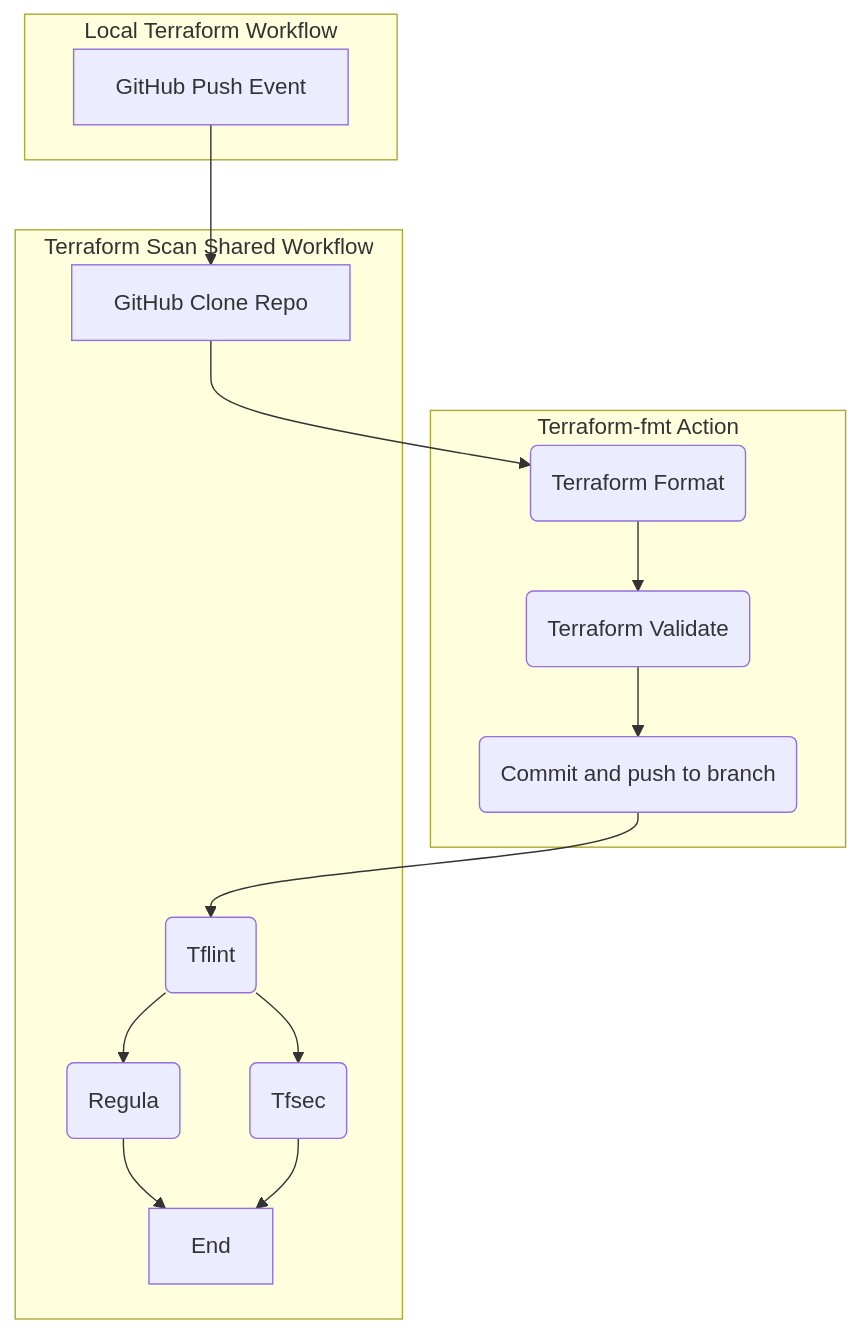
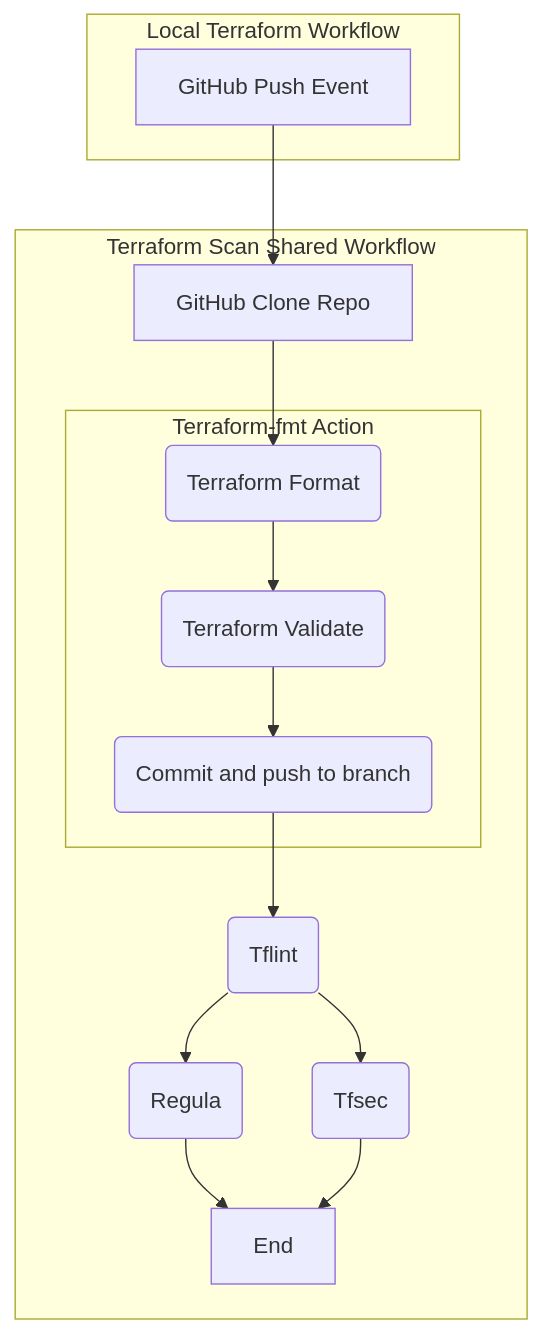
The diagram in documents/terraform/lint-and-scan.md (defenseunicorns/uds-common-workflows), drawn with Mermaid before and after one commit. The commit also changed 1 other file, not shown here.

Commit message:
testing view of a subgraph

````diff
--- a/documents/terraform/lint-and-scan.md
+++ b/documents/terraform/lint-and-scan.md
@@ -65,22 +65,24 @@
 ```mermaid
 flowchart TB
   subgraph "Local Terraform Workflow"
     push[GitHub Push Event]
   end
 
-  subgraph "Terraform-fmt Action"
-    fmt(Terraform Format) --> validate(Terraform Validate)
-    validate --> inlinecommit(Commit and push to branch)
-  end
 
   subgraph "Terraform Scan Shared Workflow"
     push --> clone[GitHub Clone Repo]
+
+    subgraph "Terraform-fmt Action"
+      fmt(Terraform Format) --> validate(Terraform Validate)
+      validate --> inlinecommit(Commit and push to branch)
+    end
+
     clone --> fmt
     inlinecommit --> tflint
     tflint(Tflint) --> tfsec(Tfsec)
     tflint --> regula(Regula)
     regula --> End
     tfsec --> End
   end
 
 ```
````
